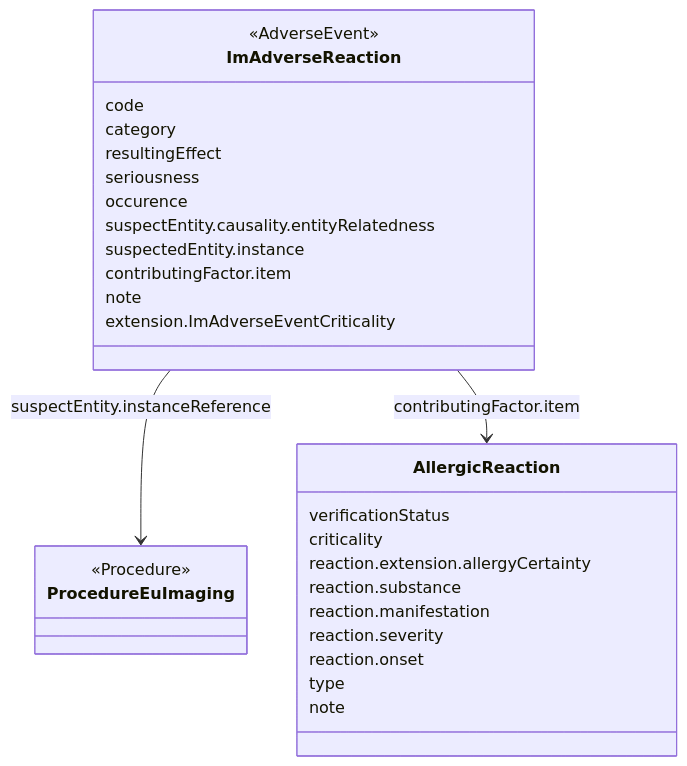
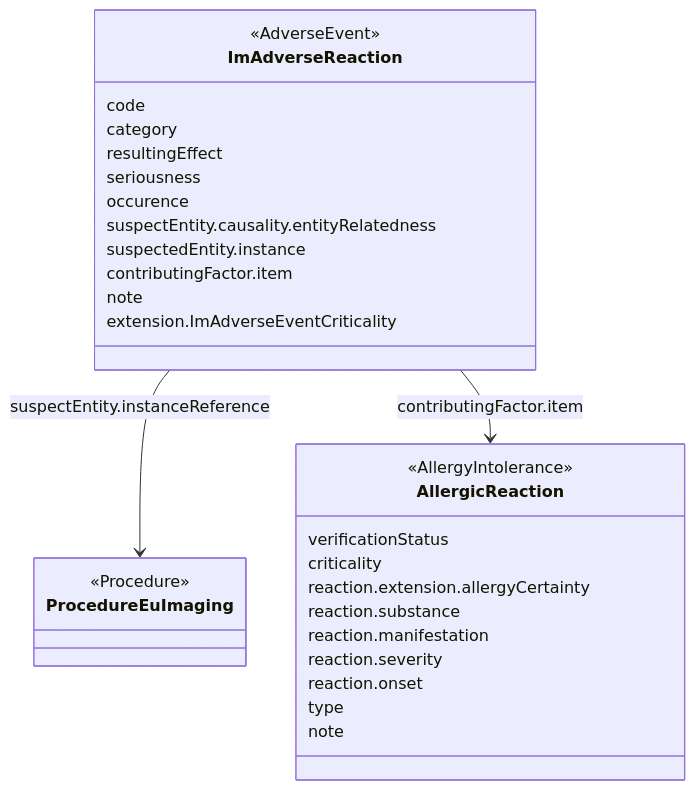
One commit to hl7-eu/imaging changed the first of 2 diagrams in ig-src/input/pagecontent/design-consideration-procedure-adverse-reaction.liquid.md. Above: the diagram before and after it, drawn with Mermaid. The commit also changed other lines of this file, not shown here.

Commit message:
fix Allergyntolerance diagram

````diff
--- a/ig-src/input/pagecontent/design-consideration-procedure-adverse-reaction.liquid.md
+++ b/ig-src/input/pagecontent/design-consideration-procedure-adverse-reaction.liquid.md
@@ -10,35 +10,36 @@
 ```mermaid
 classDiagram
   class ImAdverseReaction {
     <<AdverseEvent>>
     code
     category
     resultingEffect
     seriousness
     occurence
     suspectEntity.causality.entityRelatedness
     suspectedEntity.instance
     contributingFactor.item
     note
     extension.ImAdverseEventCriticality
   }
 
   class AllergicReaction{
+    <<AllergyIntolerance>>
     verificationStatus
     criticality
     reaction.extension.allergyCertainty
     reaction.substance
     reaction.manifestation
     reaction.severity 
     reaction.onset
     type
     note
   }
 
   class ProcedureEuImaging{
     <<Procedure>>
   }
 
   ImAdverseReaction --> ProcedureEuImaging: suspectEntity.instanceReference
   ImAdverseReaction --> AllergicReaction: contributingFactor.item
 ```
````
